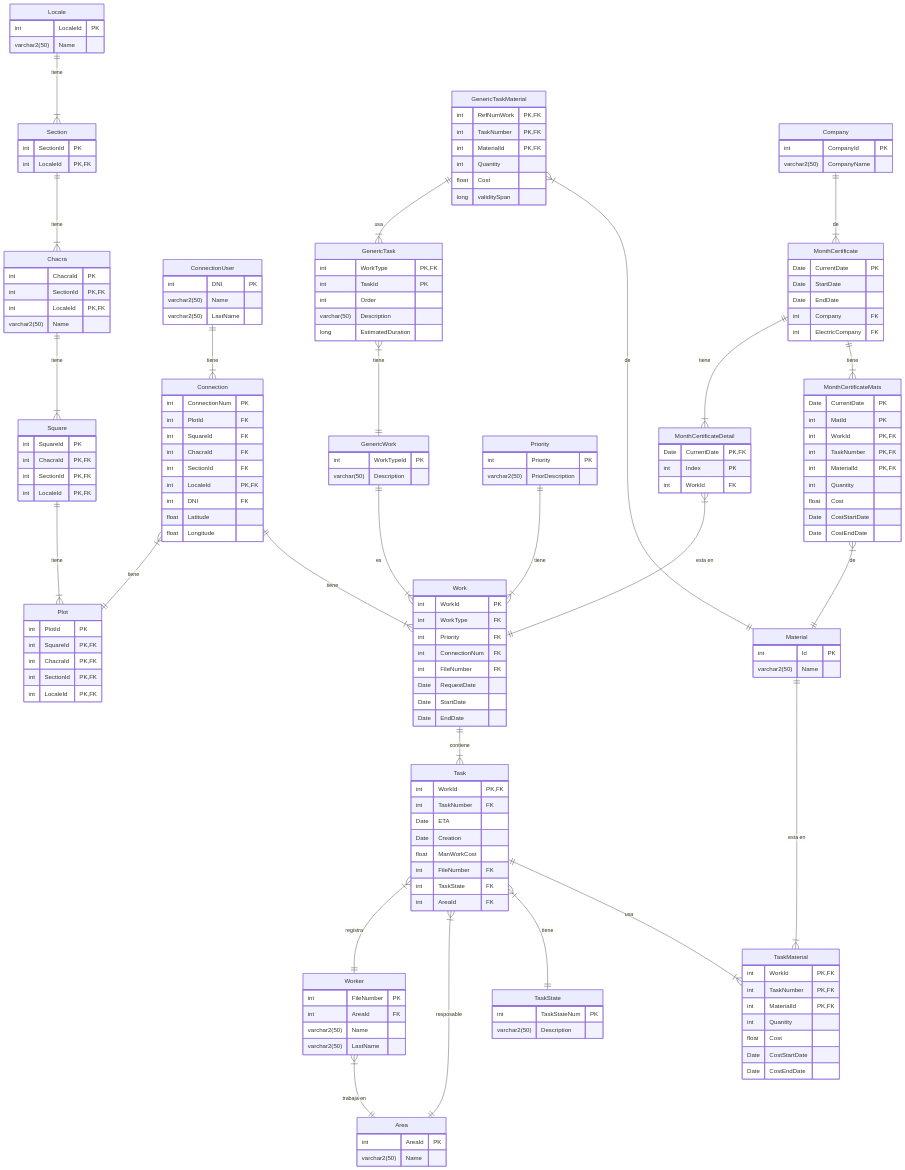
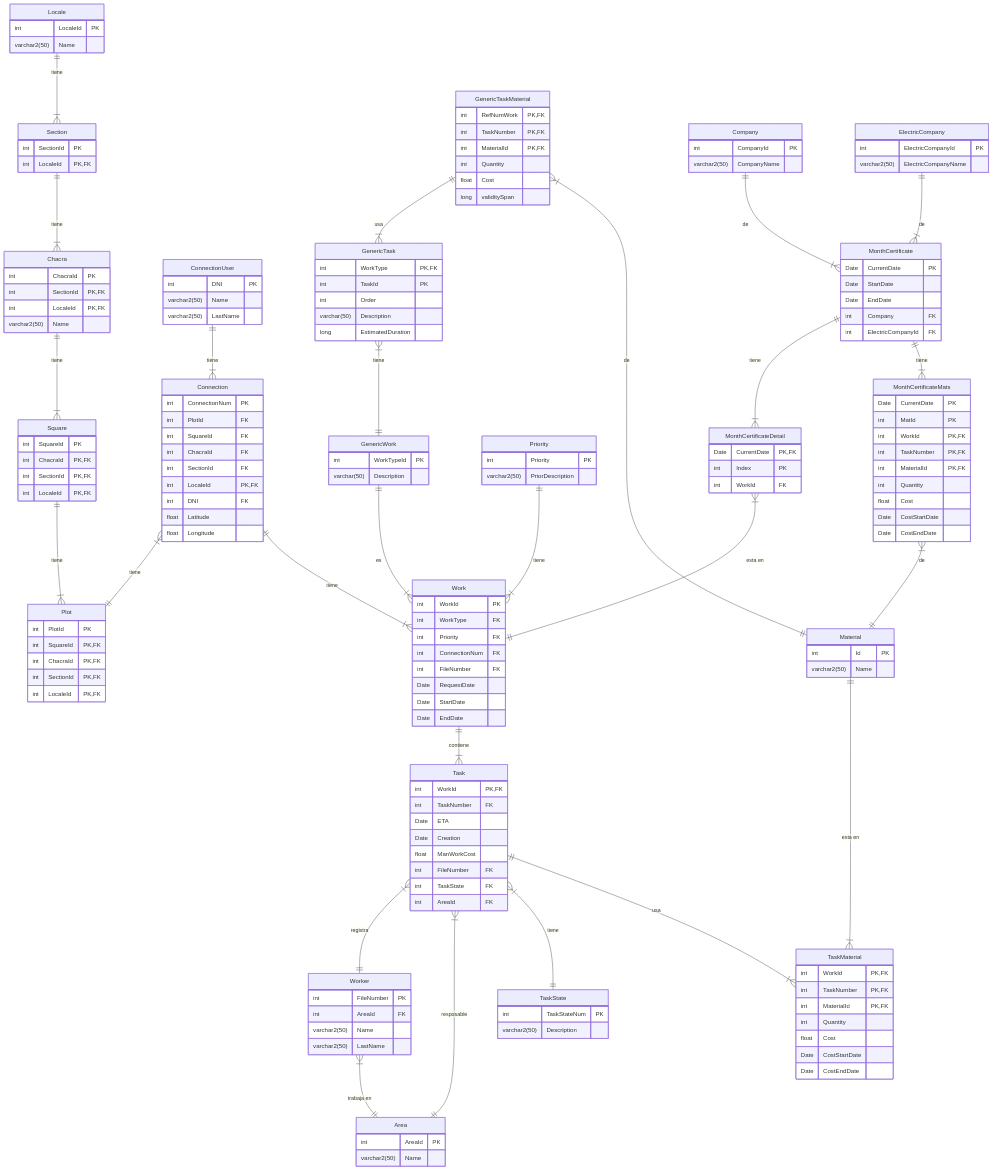
One commit to Oscar-Wohlfarhrt/TBD-2024-TPI changed the diagram in docs/DER.md. Above: the diagram before and after it, drawn with Mermaid.

Commit message:
Update DER.md
monthCertificate tenia una FK (ElectricCompany) que no existia asi que cree la tabala ElectricCompany (ElectricCompanyId, ElectricCompanyIdName) y cambie las respectivas referencias de ElectricCompany -> ElectricCompanyId

```diff
--- a/docs/DER.md
+++ b/docs/DER.md
@@ -124,7 +124,7 @@
         Date StartDate
         Date EndDate
         int Company FK
-        int ElectricCompany FK
+        int ElectricCompanyId FK
     }
     MonthCertificateDetail{
         Date CurrentDate PK,FK
@@ -146,10 +146,15 @@
 		int CompanyId PK
 		varchar2(50) CompanyName
 	}
+	ElectricCompany{
+		int ElectricCompanyId PK
+		varchar2(50) ElectricCompanyName
+	}
 
     MonthCertificate ||--|{ MonthCertificateDetail : "tiene"
     MonthCertificateDetail }|--|| Work: "esta en"
     Company ||--|{ MonthCertificate : "de"
+	ElectricCompany ||--|{ MonthCertificate : "de"
 	MonthCertificate ||--|{ MonthCertificateMats : "tiene"
 	MonthCertificateMats }|--|| Material : "de"
     
```
